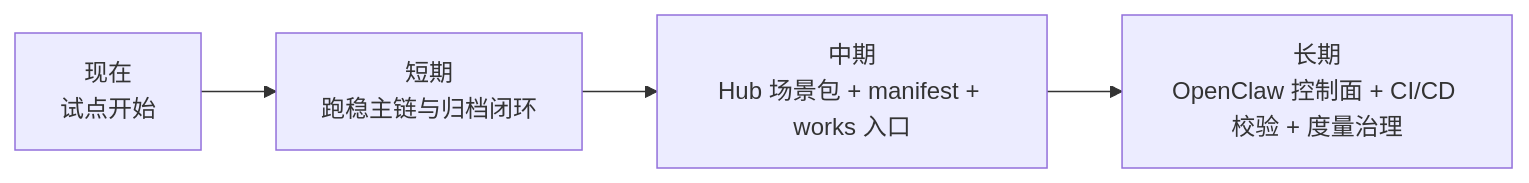
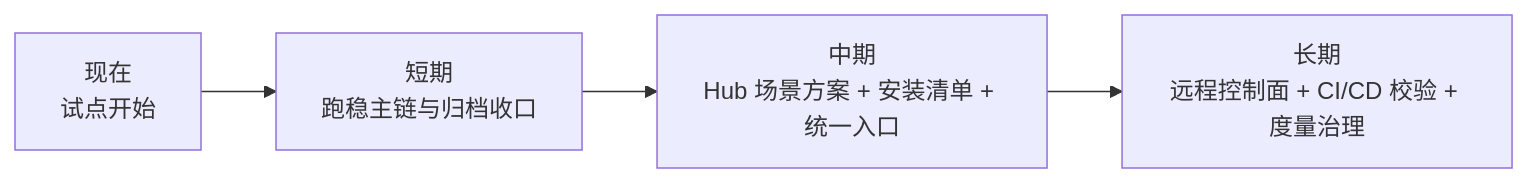
Before and after one commit to Colouful/br-ai-spec: the third of 3 diagrams in docs/paser_three/团队同学AI规范开发最佳实践-短文版.md, drawn with Mermaid. The commit also changed other lines of this file, not shown here.

````diff
--- a/docs/paser_three/团队同学AI规范开发最佳实践-短文版.md
+++ b/docs/paser_three/团队同学AI规范开发最佳实践-短文版.md
@@ -128,6 +125,6 @@
 ```mermaid
 flowchart LR
-    A["现在<br/>试点开始"] --> B["短期<br/>跑稳主链与归档闭环"]
-    B --> C["中期<br/>Hub 场景包 + manifest + works 入口"]
-    C --> D["长期<br/>OpenClaw 控制面 + CI/CD 校验 + 度量治理"]
+    A["现在<br/>试点开始"] --> B["短期<br/>跑稳主链与归档收口"]
+    B --> C["中期<br/>Hub 场景方案 + 安装清单 + 统一入口"]
+    C --> D["长期<br/>远程控制面 + CI/CD 校验 + 度量治理"]
 ```
````
